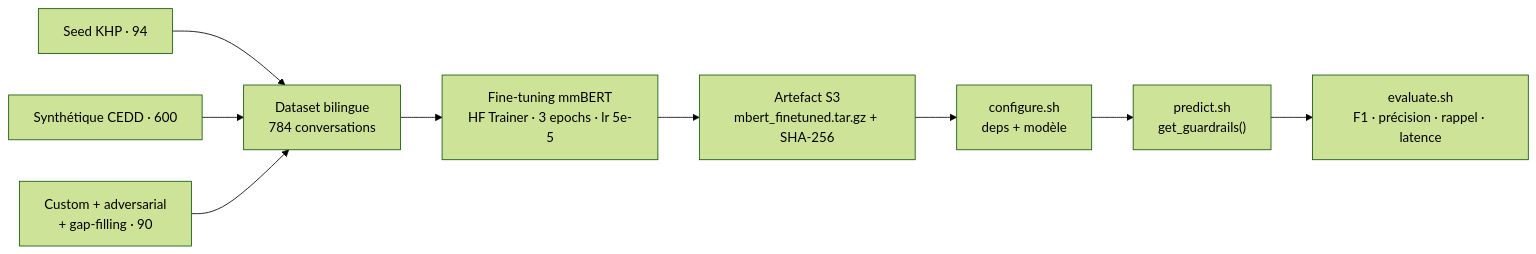
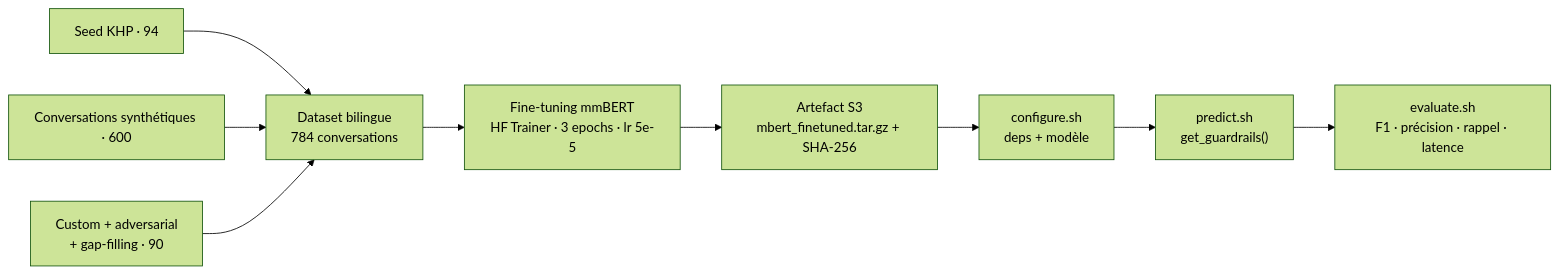
The second of 2 diagrams in _portfolio/hackathon-mila-garde-fou-bilingue.md (dapiced/dapiced.github.io), drawn with Mermaid (forest theme) before and after one commit. The commit also changed other lines of this file, not shown here.

First line of the commit message:
Remove CEDD references from French case study

````diff
--- a/_portfolio/hackathon-mila-garde-fou-bilingue.md
+++ b/_portfolio/hackathon-mila-garde-fou-bilingue.md
@@ -78,11 +78,11 @@
 ```mermaid
 flowchart LR
     S1["Seed KHP · 94"] --> D0["Dataset bilingue<br/>784 conversations"]
-    S2["Synthétique CEDD · 600"] --> D0
+    S2["Conversations synthétiques · 600"] --> D0
     S3["Custom + adversarial<br/>+ gap-filling · 90"] --> D0
     D0 --> T["Fine-tuning mmBERT<br/>HF Trainer · 3 epochs · lr 5e-5"]
     T --> A1["Artefact S3<br/>mbert_finetuned.tar.gz + SHA-256"]
     A1 --> P1["configure.sh<br/>deps + modèle"]
     P1 --> P2["predict.sh<br/>get_guardrails()"]
     P2 --> P3["evaluate.sh<br/>F1 · précision · rappel · latence"]
 ```
````
